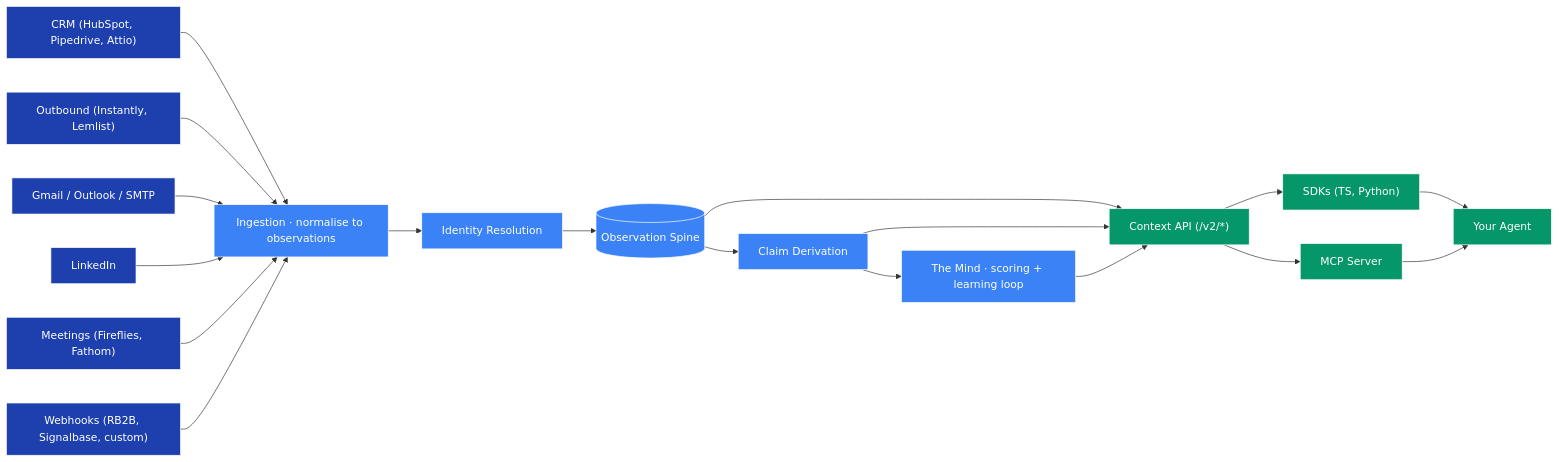
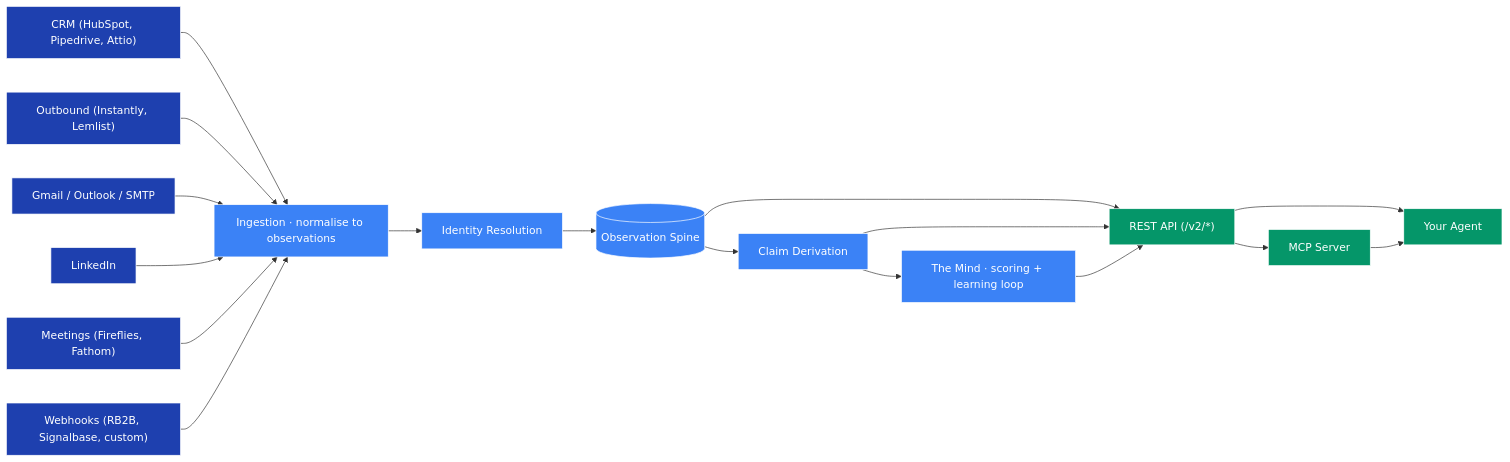
The diagram in getting-started/how-it-works.mdx (NousC/docs), drawn with Mermaid before and after one commit. The commit also changed other lines of this file and 11 other files, not shown here.

````diff
--- a/getting-started/how-it-works.mdx
+++ b/getting-started/how-it-works.mdx
@@ -10,45 +10,43 @@
 ```mermaid theme={null}
 flowchart LR
     classDef source fill:#1E40AF,color:white,stroke:#fff
     classDef core fill:#3B82F6,color:white,stroke:#fff
     classDef output fill:#059669,color:white,stroke:#fff
 
     crm["CRM (HubSpot, Pipedrive, Attio)"]:::source
     out["Outbound (Instantly, Lemlist)"]:::source
     mail["Gmail / Outlook / SMTP"]:::source
     li["LinkedIn"]:::source
     meet["Meetings (Fireflies, Fathom)"]:::source
     web["Webhooks (RB2B, Signalbase, custom)"]:::source
 
     ingest["Ingestion · normalise to observations"]:::core
     resolve["Identity Resolution"]:::core
     obs[("Observation Spine")]:::core
     claims["Claim Derivation"]:::core
     mind["The Mind · scoring + learning loop"]:::core
 
-    api["Context API (/v2/*)"]:::output
+    api["REST API (/v2/*)"]:::output
     mcp["MCP Server"]:::output
-    sdk["SDKs (TS, Python)"]:::output
     agent["Your Agent"]:::output
 
     crm --> ingest
     out --> ingest
     mail --> ingest
     li --> ingest
     meet --> ingest
     web --> ingest
 
     ingest --> resolve
     resolve --> obs
     obs --> claims
     claims --> mind
 
     obs --> api
     claims --> api
     mind --> api
 
-    api --> sdk
+    api --> agent
     api --> mcp
-    sdk --> agent
     mcp --> agent
 ```
````
